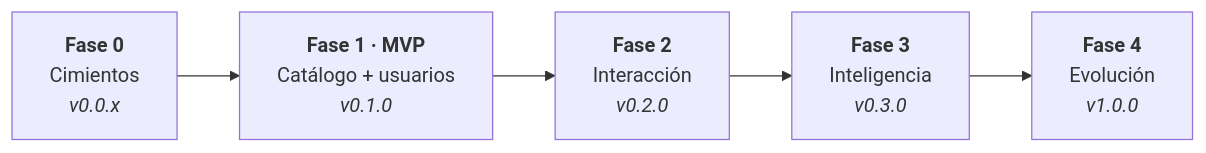
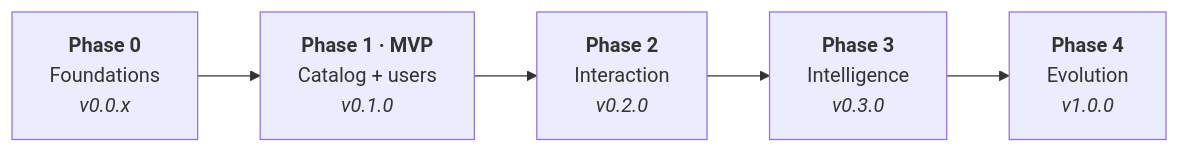
Before and after one commit to paulaciano/streamstories: the diagram in docs/07-roadmap.md, drawn with Mermaid. The commit also changed other lines of this file and 26 other files, not shown here.

````diff
--- a/docs/07-roadmap.md
+++ b/docs/07-roadmap.md
@@ -5,7 +5,7 @@
 ```mermaid
 flowchart LR
-    F0["<b>Fase 0</b><br/>Cimientos<br/><i>v0.0.x</i>"] --> F1["<b>Fase 1 · MVP</b><br/>Catálogo + usuarios<br/><i>v0.1.0</i>"]
-    F1 --> F2["<b>Fase 2</b><br/>Interacción<br/><i>v0.2.0</i>"]
-    F2 --> F3["<b>Fase 3</b><br/>Inteligencia<br/><i>v0.3.0</i>"]
-    F3 --> F4["<b>Fase 4</b><br/>Evolución<br/><i>v1.0.0</i>"]
+    F0["<b>Phase 0</b><br/>Foundations<br/><i>v0.0.x</i>"] --> F1["<b>Phase 1 · MVP</b><br/>Catalog + users<br/><i>v0.1.0</i>"]
+    F1 --> F2["<b>Phase 2</b><br/>Interaction<br/><i>v0.2.0</i>"]
+    F2 --> F3["<b>Phase 3</b><br/>Intelligence<br/><i>v0.3.0</i>"]
+    F3 --> F4["<b>Phase 4</b><br/>Evolution<br/><i>v1.0.0</i>"]
 ```
````
